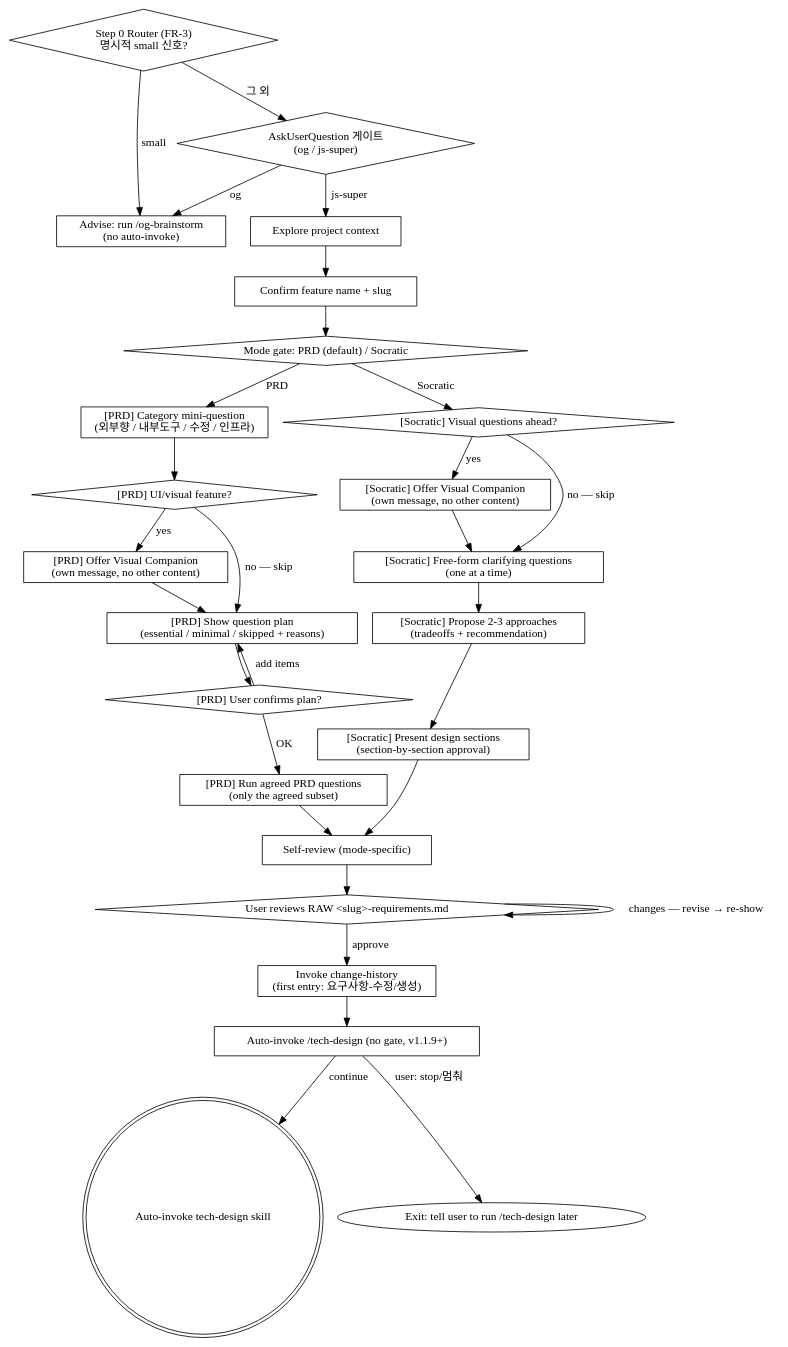
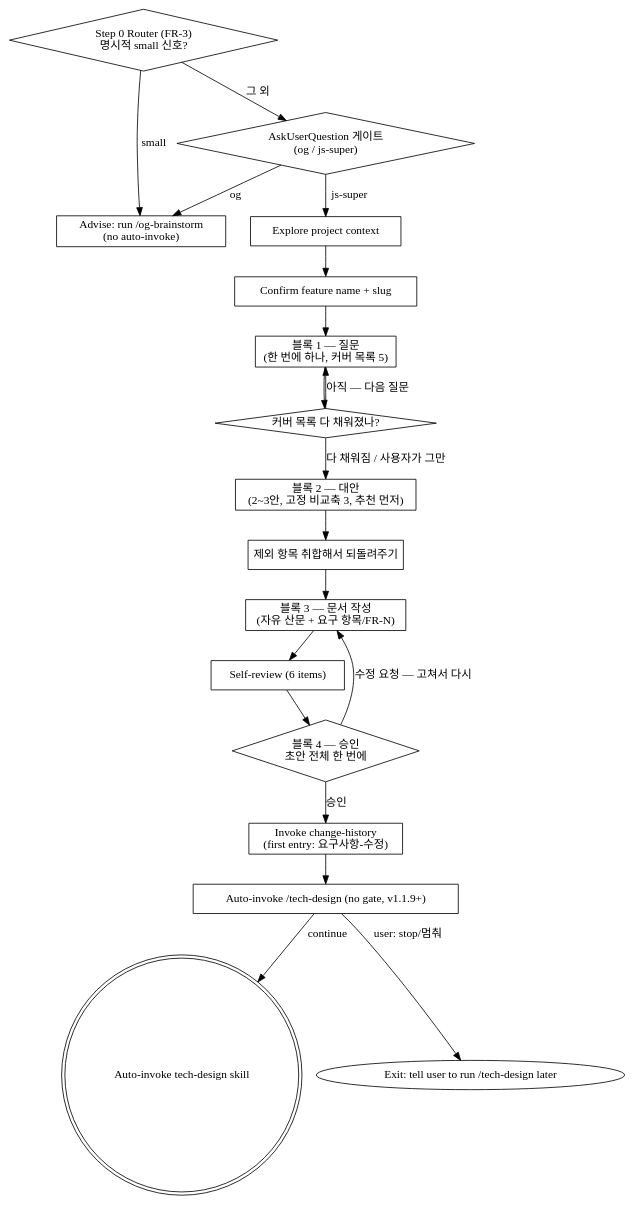
One commit to LonerStayle/js-super changed the diagram in skills/brainstorming/SKILL.md. Above: the diagram before and after it, drawn with Graphviz. The commit also changed other lines of this file, not shown here.

Commit message:
refactor(brainstorming): 흐름도를 단일 경로로 재작성
모드 게이트 다이아몬드와 [PRD]/[Socratic] 접두 노드 11개 제거,
소크라테스 4블록 + 커버 목록 판정 루프로 교체.
노드 16 / 연결선 18, 미선언·고아 노드 없음 확인.

````diff
--- a/skills/brainstorming/SKILL.md
+++ b/skills/brainstorming/SKILL.md
@@ -129,62 +129,43 @@
 ```dot
 digraph brainstorm_flow {
     "Step 0 Router (FR-3)\n명시적 small 신호?" [shape=diamond];
     "Advise: run /og-brainstorm\n(no auto-invoke)" [shape=box];
     "AskUserQuestion 게이트\n(og / js-super)" [shape=diamond];
     "Explore project context" [shape=box];
     "Confirm feature name + slug" [shape=box];
-    "Mode gate: PRD (default) / Socratic" [shape=diamond];
 
-    "[PRD] Category mini-question\n(외부향 / 내부도구 / 수정 / 인프라)" [shape=box];
-    "[PRD] UI/visual feature?" [shape=diamond];
-    "[PRD] Offer Visual Companion\n(own message, no other content)" [shape=box];
-    "[PRD] Show question plan\n(essential / minimal / skipped + reasons)" [shape=box];
-    "[PRD] User confirms plan?" [shape=diamond];
-    "[PRD] Run agreed PRD questions\n(only the agreed subset)" [shape=box];
+    "블록 1 — 질문\n(한 번에 하나, 커버 목록 5)" [shape=box];
+    "커버 목록 다 채워졌나?" [shape=diamond];
+    "블록 2 — 대안\n(2~3안, 고정 비교축 3, 추천 먼저)" [shape=box];
+    "블록 3 — 문서 작성\n(자유 산문 + 요구 항목/FR-N)" [shape=box];
+    "제외 항목 취합해서 되돌려주기" [shape=box];
 
-    "[Socratic] Visual questions ahead?" [shape=diamond];
-    "[Socratic] Offer Visual Companion\n(own message, no other content)" [shape=box];
-    "[Socratic] Free-form clarifying questions\n(one at a time)" [shape=box];
-    "[Socratic] Propose 2-3 approaches\n(tradeoffs + recommendation)" [shape=box];
-    "[Socratic] Present design sections\n(section-by-section approval)" [shape=box];
-
-    "Self-review (mode-specific)" [shape=box];
-    "User reviews RAW <slug>-requirements.md" [shape=diamond];
-    "Invoke change-history\n(first entry: 요구사항-수정/생성)" [shape=box];
+    "Self-review (6 items)" [shape=box];
+    "블록 4 — 승인\n초안 전체 한 번에" [shape=diamond];
+    "Invoke change-history\n(first entry: 요구사항-수정)" [shape=box];
     "Auto-invoke /tech-design (no gate, v1.1.9+)" [shape=box];
     "Auto-invoke tech-design skill" [shape=doublecircle];
     "Exit: tell user to run /tech-design later" [shape=oval];
 
     "Step 0 Router (FR-3)\n명시적 small 신호?" -> "Advise: run /og-brainstorm\n(no auto-invoke)" [label="small"];
     "Step 0 Router (FR-3)\n명시적 small 신호?" -> "AskUserQuestion 게이트\n(og / js-super)" [label="그 외"];
     "AskUserQuestion 게이트\n(og / js-super)" -> "Advise: run /og-brainstorm\n(no auto-invoke)" [label="og"];
     "AskUserQuestion 게이트\n(og / js-super)" -> "Explore project context" [label="js-super"];
     "Explore project context" -> "Confirm feature name + slug";
-    "Confirm feature name + slug" -> "Mode gate: PRD (default) / Socratic";
+    "Confirm feature name + slug" -> "블록 1 — 질문\n(한 번에 하나, 커버 목록 5)";
 
-    "Mode gate: PRD (default) / Socratic" -> "[PRD] Category mini-question\n(외부향 / 내부도구 / 수정 / 인프라)" [label="PRD"];
-    "[PRD] Category mini-question\n(외부향 / 내부도구 / 수정 / 인프라)" -> "[PRD] UI/visual feature?";
-    "[PRD] UI/visual feature?" -> "[PRD] Offer Visual Companion\n(own message, no other content)" [label="yes"];
-    "[PRD] UI/visual feature?" -> "[PRD] Show question plan\n(essential / minimal / skipped + reasons)" [label="no — skip"];
-    "[PRD] Offer Visual Companion\n(own message, no other content)" -> "[PRD] Show question plan\n(essential / minimal / skipped + reasons)";
-    "[PRD] Show question plan\n(essential / minimal / skipped + reasons)" -> "[PRD] User confirms plan?";
-    "[PRD] User confirms plan?" -> "[PRD] Show question plan\n(essential / minimal / skipped + reasons)" [label="add items"];
-    "[PRD] User confirms plan?" -> "[PRD] Run agreed PRD questions\n(only the agreed subset)" [label="OK"];
-    "[PRD] Run agreed PRD questions\n(only the agreed subset)" -> "Self-review (mode-specific)";
+    "블록 1 — 질문\n(한 번에 하나, 커버 목록 5)" -> "커버 목록 다 채워졌나?";
+    "커버 목록 다 채워졌나?" -> "블록 1 — 질문\n(한 번에 하나, 커버 목록 5)" [label="아직 — 다음 질문"];
+    "커버 목록 다 채워졌나?" -> "블록 2 — 대안\n(2~3안, 고정 비교축 3, 추천 먼저)" [label="다 채워짐 / 사용자가 그만"];
+    "블록 2 — 대안\n(2~3안, 고정 비교축 3, 추천 먼저)" -> "제외 항목 취합해서 되돌려주기";
+    "제외 항목 취합해서 되돌려주기" -> "블록 3 — 문서 작성\n(자유 산문 + 요구 항목/FR-N)";
+    "블록 3 — 문서 작성\n(자유 산문 + 요구 항목/FR-N)" -> "Self-review (6 items)";
+    "Self-review (6 items)" -> "블록 4 — 승인\n초안 전체 한 번에";
 
-    "Mode gate: PRD (default) / Socratic" -> "[Socratic] Visual questions ahead?" [label="Socratic"];
-    "[Socratic] Visual questions ahead?" -> "[Socratic] Offer Visual Companion\n(own message, no other content)" [label="yes"];
-    "[Socratic] Visual questions ahead?" -> "[Socratic] Free-form clarifying questions\n(one at a time)" [label="no — skip"];
-    "[Socratic] Offer Visual Companion\n(own message, no other content)" -> "[Socratic] Free-form clarifying questions\n(one at a time)";
-    "[Socratic] Free-form clarifying questions\n(one at a time)" -> "[Socratic] Propose 2-3 approaches\n(tradeoffs + recommendation)";
-    "[Socratic] Propose 2-3 approaches\n(tradeoffs + recommendation)" -> "[Socratic] Present design sections\n(section-by-section approval)";
-    "[Socratic] Present design sections\n(section-by-section approval)" -> "Self-review (mode-specific)";
-
-    "Self-review (mode-specific)" -> "User reviews RAW <slug>-requirements.md";
-    "User reviews RAW <slug>-requirements.md" -> "User reviews RAW <slug>-requirements.md" [label="changes — revise → re-show"];
-    "User reviews RAW <slug>-requirements.md" -> "Invoke change-history\n(first entry: 요구사항-수정/생성)" [label="approve"];
-    "Invoke change-history\n(first entry: 요구사항-수정/생성)" -> "Auto-invoke /tech-design (no gate, v1.1.9+)";
+    "블록 4 — 승인\n초안 전체 한 번에" -> "블록 3 — 문서 작성\n(자유 산문 + 요구 항목/FR-N)" [label="수정 요청 — 고쳐서 다시"];
+    "블록 4 — 승인\n초안 전체 한 번에" -> "Invoke change-history\n(first entry: 요구사항-수정)" [label="승인"];
+    "Invoke change-history\n(first entry: 요구사항-수정)" -> "Auto-invoke /tech-design (no gate, v1.1.9+)";
     "Auto-invoke /tech-design (no gate, v1.1.9+)" -> "Auto-invoke tech-design skill" [label="continue"];
     "Auto-invoke /tech-design (no gate, v1.1.9+)" -> "Exit: tell user to run /tech-design later" [label="user: stop/멈춰"];
 }
 ```
````
